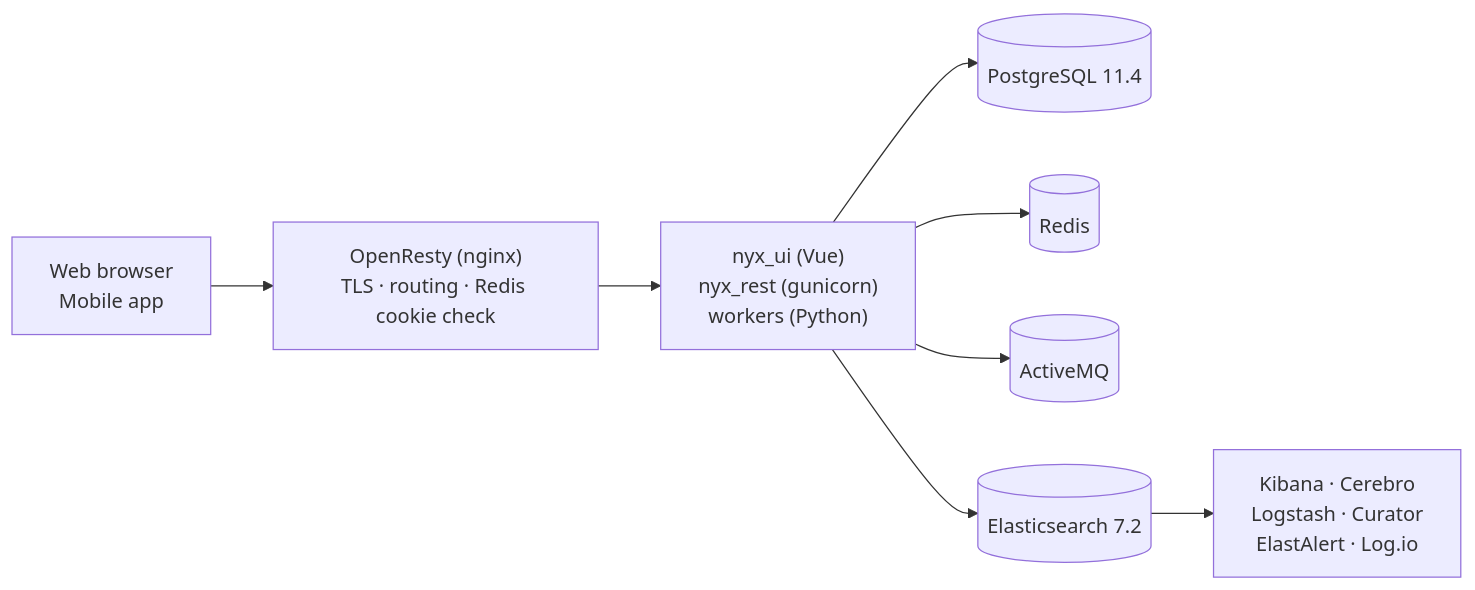
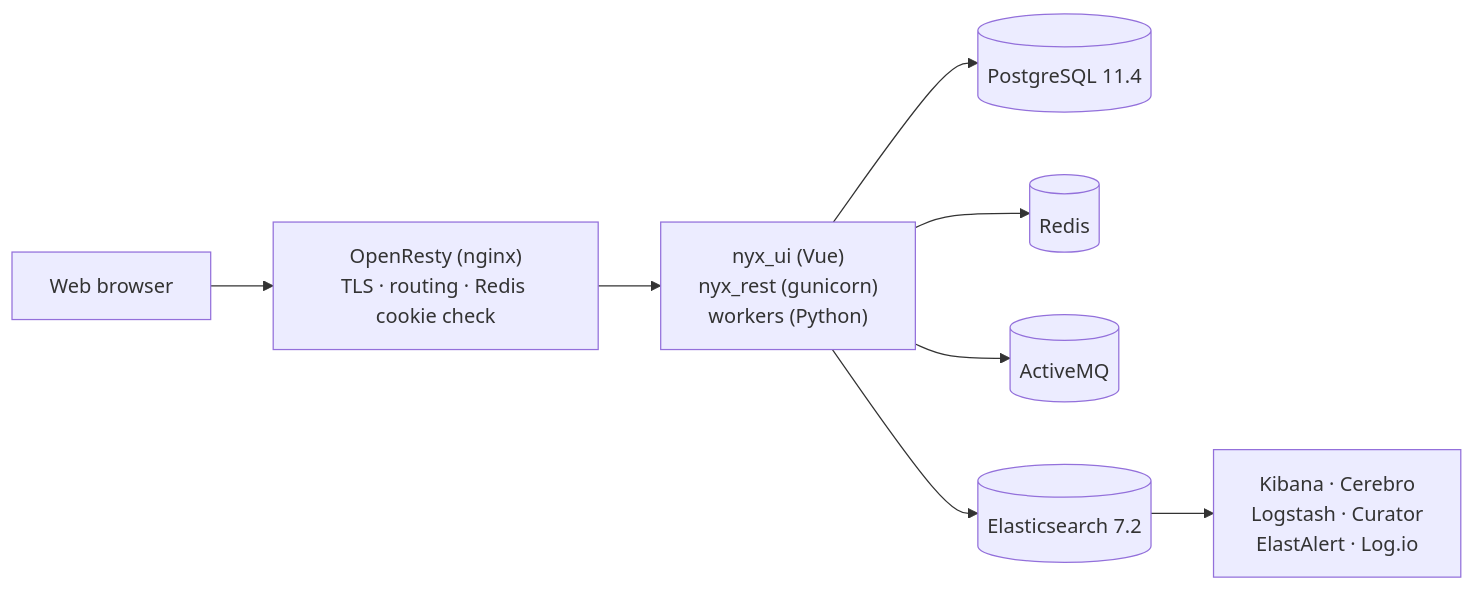
Before and after one commit to snuids/nyx: the diagram in docs/architecture.md, drawn with Mermaid. The commit also changed other lines of this file and 6 other files, not shown here.

````diff
--- a/docs/architecture.md
+++ b/docs/architecture.md
@@ -10,18 +10,18 @@
 ```mermaid
 flowchart LR
-    clients["Web browser<br/>Mobile app"]
+    clients["Web browser"]
     nginx["OpenResty (nginx)<br/>TLS · routing · Redis cookie check"]
     app["nyx_ui (Vue)<br/>nyx_rest (gunicorn)<br/>workers (Python)"]
     pg[(PostgreSQL 11.4)]
     redis[(Redis)]
     amq[(ActiveMQ)]
     es[(Elasticsearch 7.2)]
     obs["Kibana · Cerebro<br/>Logstash · Curator<br/>ElastAlert · Log.io"]
 
     clients --> nginx --> app
     app --> pg
     app --> redis
     app --> amq
     app --> es
     es --> obs
 ```
````
